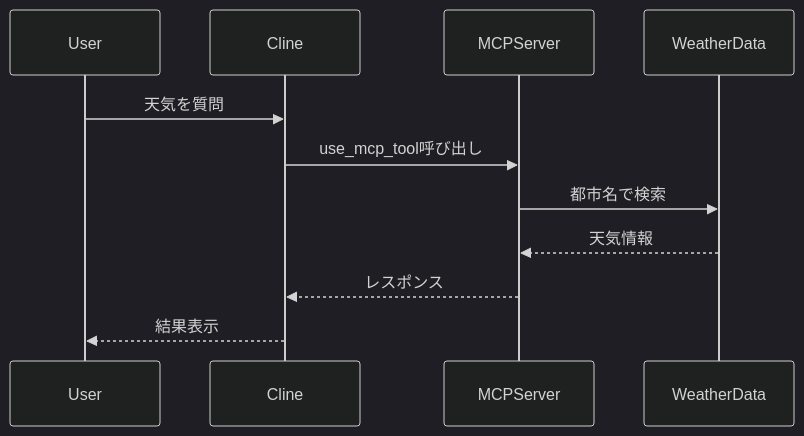
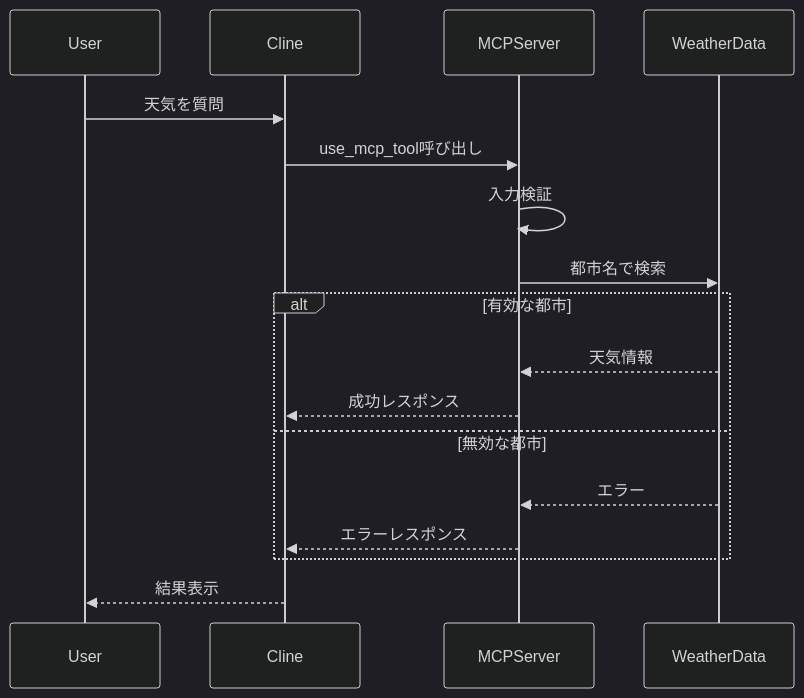
One commit to littlemex/aws-samples changed the third of 3 diagrams in workshops/ai-coding-workshop/cline/1.mcp/README.md. Above: the diagram before and after it, drawn with Mermaid (dark theme). The commit also changed other lines of this file and 3 other files, not shown here.

````diff
--- a/workshops/ai-coding-workshop/cline/1.mcp/README.md
+++ b/workshops/ai-coding-workshop/cline/1.mcp/README.md
@@ -154,14 +176,20 @@
 ```mermaid
 sequenceDiagram
     participant User
     participant Cline
     participant MCPServer
     participant WeatherData
     
     User->>Cline: 天気を質問
     Cline->>MCPServer: use_mcp_tool呼び出し
+    MCPServer->>MCPServer: 入力検証
     MCPServer->>WeatherData: 都市名で検索
-    WeatherData-->>MCPServer: 天気情報
-    MCPServer-->>Cline: レスポンス
+    alt 有効な都市
+        WeatherData-->>MCPServer: 天気情報
+        MCPServer-->>Cline: 成功レスポンス
+    else 無効な都市
+        WeatherData-->>MCPServer: エラー
+        MCPServer-->>Cline: エラーレスポンス
+    end
     Cline-->>User: 結果表示
 ```
````
